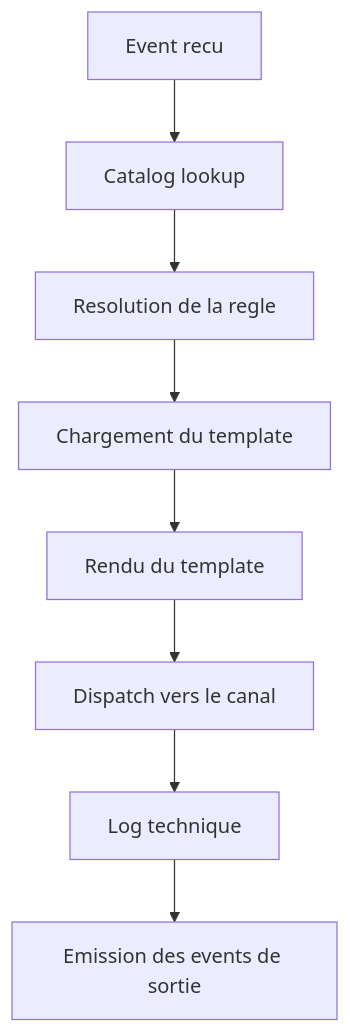
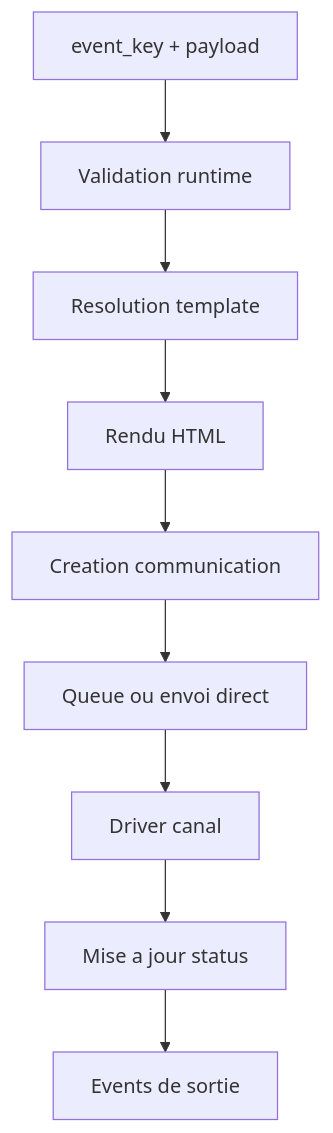
One commit to Alex-Saba/notificationmanager changed the third of 7 diagrams in docs/DIAGRAMS.md. Above: the diagram before and after it, drawn with Mermaid. The commit also changed other lines of this file and 5 other files, not shown here.

````diff
--- a/docs/DIAGRAMS.md
+++ b/docs/DIAGRAMS.md
@@ -64,10 +64,11 @@
 ```mermaid
 flowchart TD
-    A["Event recu"] --> B["Catalog lookup"]
-    B --> C["Resolution de la regle"]
-    C --> D["Chargement du template"]
-    D --> E["Rendu du template"]
-    E --> F["Dispatch vers le canal"]
-    F --> G["Log technique"]
-    G --> H["Emission des events de sortie"]
+    A["event_key + payload"] --> B["Validation runtime"]
+    B --> C["Resolution template"]
+    C --> D["Rendu HTML"]
+    D --> E["Creation communication"]
+    E --> F["Queue ou envoi direct"]
+    F --> G["Driver canal"]
+    G --> H["Mise a jour status"]
+    H --> I["Events de sortie"]
 ```
````
